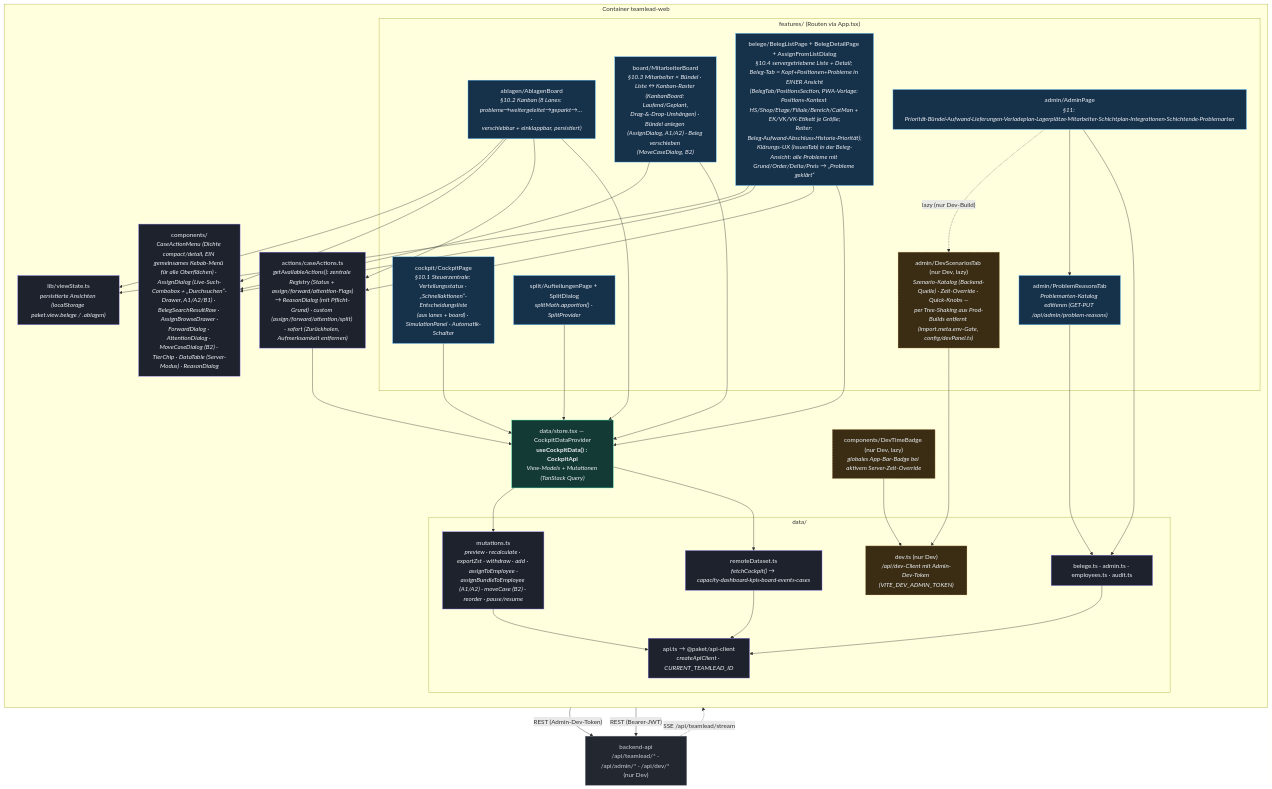
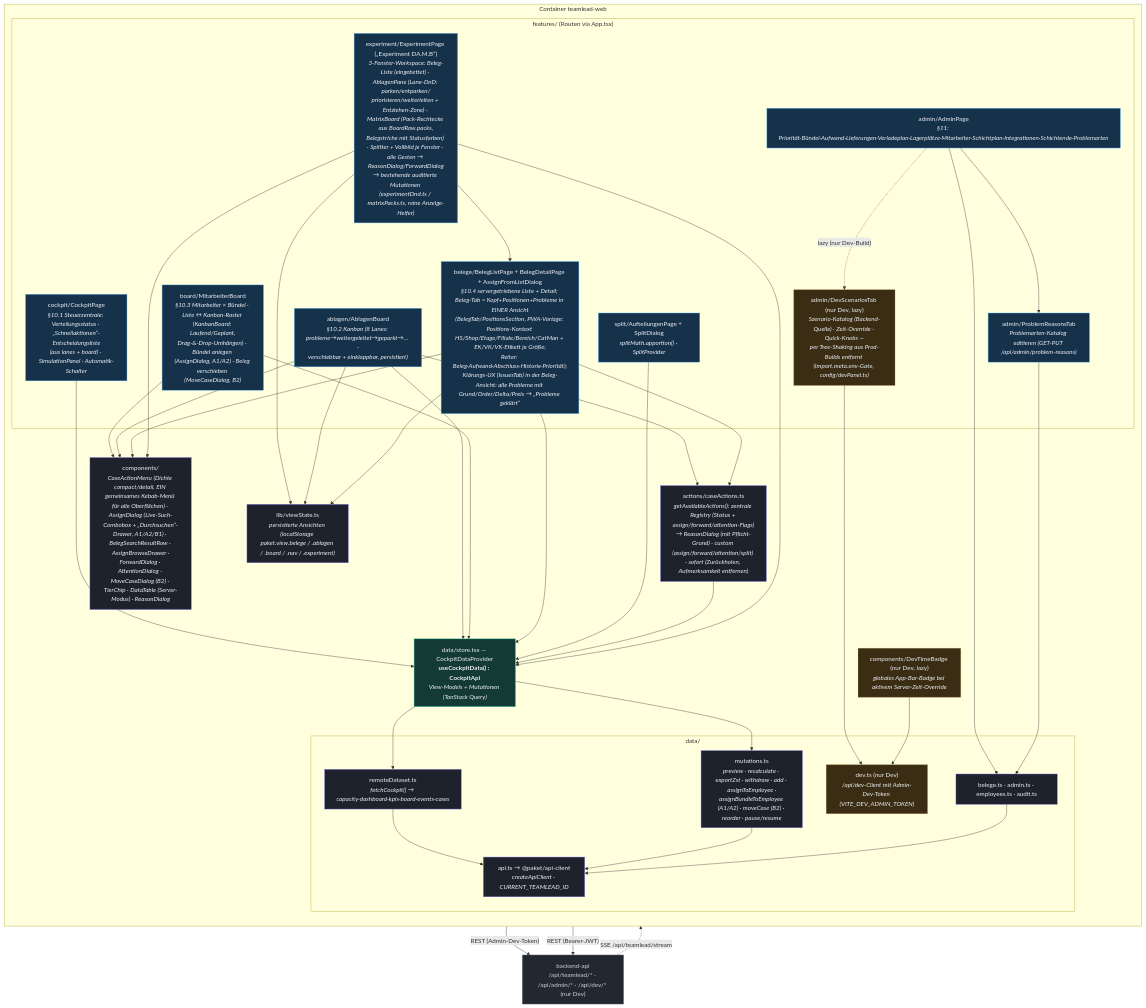
One commit to officialoniichat/paketdispov2 changed the diagram in docs/architecture/src/c3-teamlead-components.mmd. Above: the diagram before and after it, drawn with Mermaid. The commit also changed 23 other files, not shown here.

```diff
--- a/docs/architecture/src/c3-teamlead-components.mmd
+++ b/docs/architecture/src/c3-teamlead-components.mmd
@@ -1,64 +1,69 @@
 %% C4 Ebene 3 — Komponenten: teamlead-web (React + Vite + MUI, TanStack Query)
 %% Verifiziert gegen apps/teamlead-web/src/* (features/, data/, actions/, components/).
 flowchart TB
     classDef feat fill:#16314a,stroke:#56b6ff,color:#eef1f6;
     classDef store fill:#143a35,stroke:#2dd4a7,color:#eef1f6;
     classDef logic fill:#1d222c,stroke:#8b7cf6,color:#eef1f6;
     classDef ext fill:#23272f,stroke:#7c8696,color:#cbd2dd;
     classDef dev fill:#3a2d14,stroke:#e5b567,color:#eef1f6,stroke-dasharray:4 3;
 
     api["backend-api<br/>/api/teamlead/* · /api/admin/* · /api/dev/* (nur Dev)"]:::ext
 
     subgraph web["Container teamlead-web"]
         direction TB
         subgraph features["features/ (Routen via App.tsx)"]
             cockpit["cockpit/CockpitPage<br/><i>§10.1 Steuerzentrale: Verteilungsstatus · „Schnellaktionen“-Entscheidungsliste<br/>(aus lanes + board) · SimulationPanel · Automatik-Schalter</i>"]:::feat
             ablagen["ablagen/AblagenBoard<br/><i>§10.2 Kanban (8 Lanes: probleme→weitergeleitet→geparkt→… ·<br/>verschiebbar + einklappbar, persistiert)</i>"]:::feat
             board["board/MitarbeiterBoard<br/><i>§10.3 Mitarbeiter × Bündel · Liste ↔ Kanban-Raster (KanbanBoard: Laufend/Geplant,<br/>Drag-&amp;-Drop-Umhängen) · Bündel anlegen (AssignDialog, A1/A2) · Beleg verschieben (MoveCaseDialog, B2)</i>"]:::feat
             belege["belege/BelegListPage + BelegDetailPage + AssignFromListDialog<br/><i>§10.4 servergetriebene Liste + Detail; Beleg-Tab = Kopf+Positionen+Probleme in EINER Ansicht<br/>(BelegTab/PositionsSection, PWA-Vorlage: Positions-Kontext HS/Shop/Etage/Filiale/Bereich/CatMan + EK/VK/VK-Etikett je Größe;<br/>Reiter: Beleg·Aufwand·Abschluss·Historie·Priorität);<br/>Klärungs-UX (IssuesTab) in der Beleg-Ansicht: alle Probleme mit Grund/Order/Delta/Preis → „Probleme geklärt“</i>"]:::feat
             split["split/AufteilungenPage + SplitDialog<br/><i>splitMath.apportion() · SplitProvider</i>"]:::feat
             admin["admin/AdminPage<br/><i>§11: Priorität·Bündel·Aufwand·Lieferungen·Verladeplan·Lagerplätze·Mitarbeiter·Schichtplan·Integrationen·Schichtende·Problemarten</i>"]:::feat
             problemTab["admin/ProblemReasonsTab<br/><i>Problemarten-Katalog editieren (GET·PUT /api/admin/problem-reasons)</i>"]:::feat
             devtab["admin/DevScenariosTab (nur Dev, lazy)<br/><i>Szenario-Katalog (Backend-Quelle) · Zeit-Override · Quick-Knobs —<br/>per Tree-Shaking aus Prod-Builds entfernt (import.meta.env-Gate, config/devPanel.ts)</i>"]:::dev
+            experiment["experiment/ExperimentPage („Experiment DA.M.B“)<br/><i>3-Fenster-Workspace: Beleg-Liste (eingebettet) · AblagenPane (Lane-DnD: parken/entparken/<br/>priorisieren/weiterleiten + Entziehen-Zone) · MatrixBoard (Pack-Rechtecke aus BoardRow.packs,<br/>Belegstriche mit Statusfarben) · Splitter + Vollbild je Fenster · alle Gesten → ReasonDialog/ForwardDialog<br/>→ bestehende auditierte Mutationen (experimentDnd.ts / matrixPacks.ts, reine Anzeige-Helfer)</i>"]:::feat
         end
         devbadge["components/DevTimeBadge (nur Dev, lazy)<br/><i>globales App-Bar-Badge bei aktivem Server-Zeit-Override</i>"]:::dev
         store["data/store.tsx — CockpitDataProvider<br/><b>useCockpitData() : CockpitApi</b><br/><i>View-Models + Mutationen (TanStack Query)</i>"]:::store
         subgraph datal["data/"]
             remote["remoteDataset.ts<br/><i>fetchCockpit() → capacity·dashboard·kpis·board·events·cases</i>"]:::logic
             belegeData["belege.ts · admin.ts · employees.ts · audit.ts"]:::logic
             devData["dev.ts (nur Dev)<br/><i>/api/dev-Client mit Admin-Dev-Token (VITE_DEV_ADMIN_TOKEN)</i>"]:::dev
             mutations["mutations.ts<br/><i>preview · recalculate · exportZst · withdraw · add · assignToEmployee ·<br/>assignBundleToEmployee (A1/A2) · moveCase (B2) · reorder · pause/resume</i>"]:::logic
             apiClient["api.ts → @paket/api-client<br/><i>createApiClient · CURRENT_TEAMLEAD_ID</i>"]:::logic
         end
         actions["actions/caseActions.ts<br/><i>getAvailableActions(): zentrale Registry (Status + assign/forward/attention-Flags)<br/>→ ReasonDialog (mit Pflicht-Grund) · custom (assign/forward/attention/split) · sofort (Zurückholen, Aufmerksamkeit entfernen)</i>"]:::logic
         shared["components/<br/><i>CaseActionMenu (Dichte compact/detail, EIN gemeinsames Kebab-Menü für alle Oberflächen) · AssignDialog (Live-Such-Combobox + „Durchsuchen“-Drawer, A1/A2/B1) · BelegSearchResultRow · AssignBrowseDrawer ·<br/>ForwardDialog · AttentionDialog · MoveCaseDialog (B2) · TierChip · DataTable (Server-Modus) · ReasonDialog</i>"]:::logic
-        viewState["lib/viewState.ts<br/><i>persistierte Ansichten (localStorage paket.view.belege / .ablagen)</i>"]:::logic
+        viewState["lib/viewState.ts<br/><i>persistierte Ansichten (localStorage paket.view.belege / .ablagen / .board / .nav / .experiment)</i>"]:::logic
     end
 
     cockpit --> store
     ablagen --> store
     board --> store
     belege --> store
     split --> store
     admin --> belegeData
     admin --> problemTab
     problemTab --> belegeData
     admin -. "lazy (nur Dev-Build)" .-> devtab
     devtab --> devData
     devbadge --> devData
     devData -->|"REST (Admin-Dev-Token)"| api
     ablagen --> actions
     belege --> actions
     actions --> store
     board --> shared
     ablagen --> shared
     belege --> shared
+    experiment --> store
+    experiment --> belege
+    experiment --> shared
+    experiment --> viewState
     ablagen --> viewState
     belege --> viewState
     store --> remote
     store --> mutations
     remote --> apiClient
     mutations --> apiClient
     belegeData --> apiClient
     apiClient -->|"REST (Bearer-JWT)"| api
     api -. "SSE /api/teamlead/stream" .-> store
```
